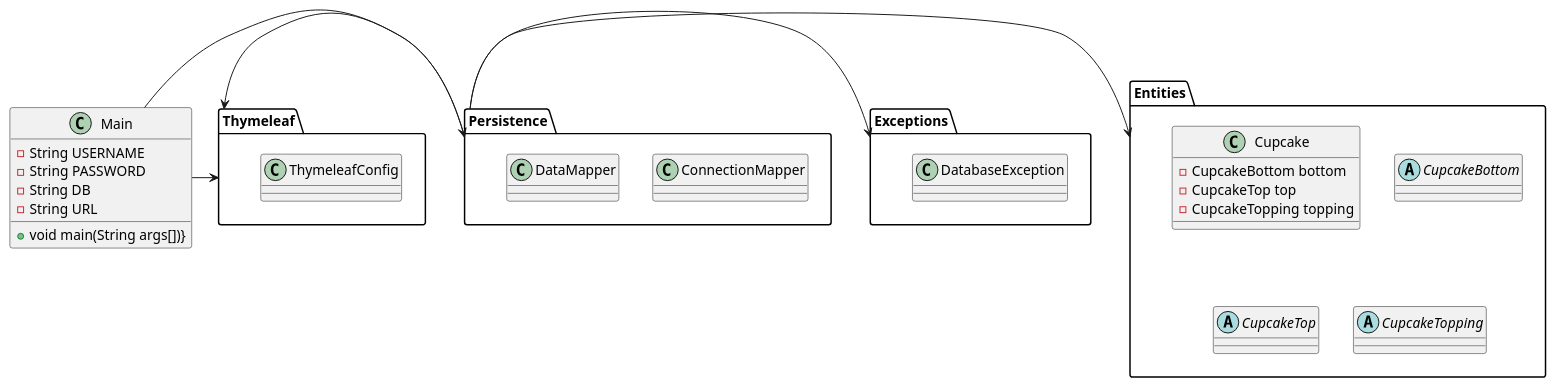
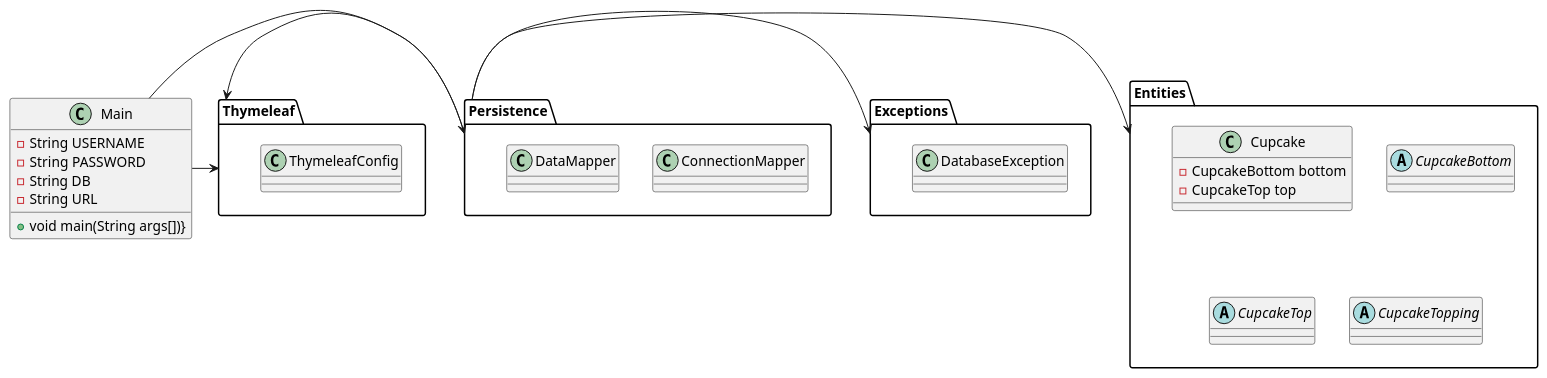
Before and after one commit to Magnewei/CupcakeProject: the diagram in src/main/resources/Diagrams/Class.puml, drawn with PlantUML. The commit also changed 1 other file, not shown here.

Commit message:
Quick change to Class UML

```diff
--- a/src/main/resources/Diagrams/Class.puml
+++ b/src/main/resources/Diagrams/Class.puml
@@ -1,45 +1,44 @@
 @startuml
 'https://plantuml.com/class-diagram
 
 Main -> Thymeleaf
 Main -> Persistence
 Persistence -> Thymeleaf
 Persistence -> Exceptions
 Persistence -> Entities
 
 class Main {
 -String USERNAME
 -String PASSWORD
 -String DB
 -String URL
 +void main(String args[])}
 }
 
 package Entities {
 class Cupcake{
 -CupcakeBottom bottom
 -CupcakeTop top
--CupcakeTopping topping
 }
 
 abstract class CupcakeBottom {}
 abstract class CupcakeTop {}
 abstract class CupcakeTopping {}
 }
 
 package Exceptions {
 class DatabaseException {}
 }
 
 package Persistence {
 class ConnectionMapper {}
 
 class DataMapper {}
 }
 
 package Thymeleaf {
 class ThymeleafConfig{}
 }
 
 
 @enduml
```
